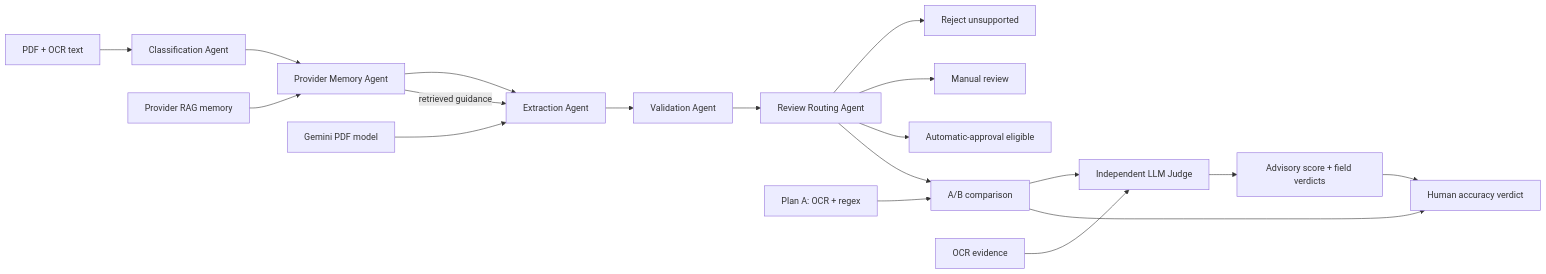
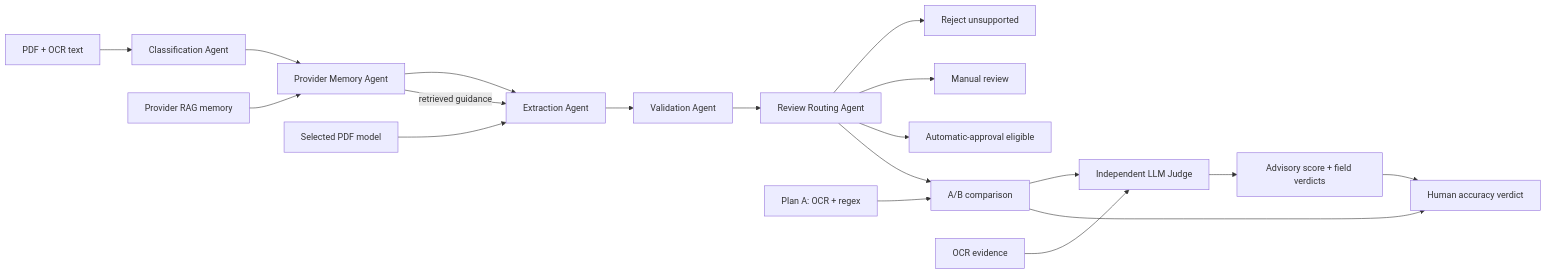
The diagram in A_B_test.md (giselainge/AgenticAI_Sept), drawn with Mermaid before and after one commit. The commit also changed other lines of this file and 5 other files, not shown here.

````diff
--- a/A_B_test.md
+++ b/A_B_test.md
@@ -7,24 +7,24 @@
 ```mermaid
 flowchart LR
     Input["PDF + OCR text"] --> A1["Classification Agent"]
     A1 --> A2["Provider Memory Agent"]
     A2 --> A3["Extraction Agent"]
     A3 --> A4["Validation Agent"]
     A4 --> A5["Review Routing Agent"]
 
     KB["Provider RAG memory"] --> A2
     A2 -->|"retrieved guidance"| A3
-    Gemini["Gemini PDF model"] --> A3
+    Model["Selected PDF model"] --> A3
 
     A5 --> Reject["Reject unsupported"]
     A5 --> Human["Manual review"]
     A5 --> Auto["Automatic-approval eligible"]
 
     Baseline["Plan A: OCR + regex"] --> Compare["A/B comparison"]
     A5 --> Compare
     OCR["OCR evidence"] --> Judge["Independent LLM Judge"]
     Compare --> Judge
     Judge --> Advisory["Advisory score + field verdicts"]
     Compare --> Verdict["Human accuracy verdict"]
     Advisory --> Verdict
 ```
````
